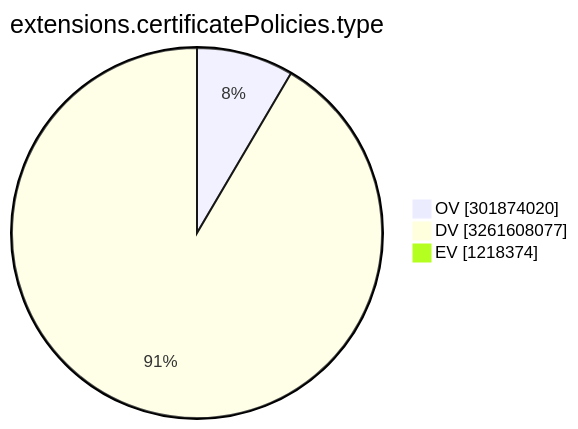
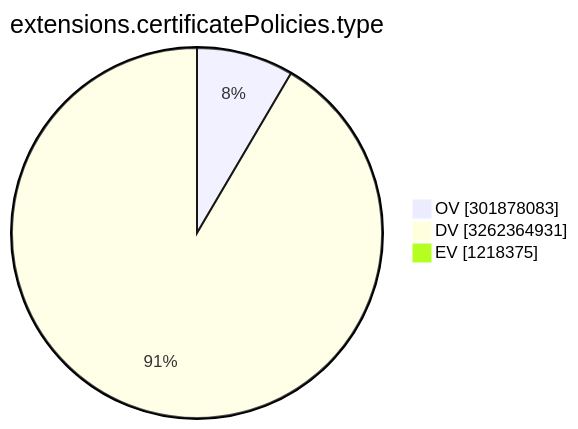
The ninth of 15 diagrams in TOTAL/README.md (christiankrug/ctmonitor_visualization), drawn with Mermaid before and after one commit. The commit also changed other lines of this file, not shown here.

````diff
--- a/TOTAL/README.md
+++ b/TOTAL/README.md
@@ -3107,7 +3107,7 @@
 ```mermaid
 pie showData
 title extensions.certificatePolicies.type
-"OV" :301874020
-"DV" :3261608077
-"EV" :1218374
+"OV" :301878083
+"DV" :3262364931
+"EV" :1218375
 ```
````
